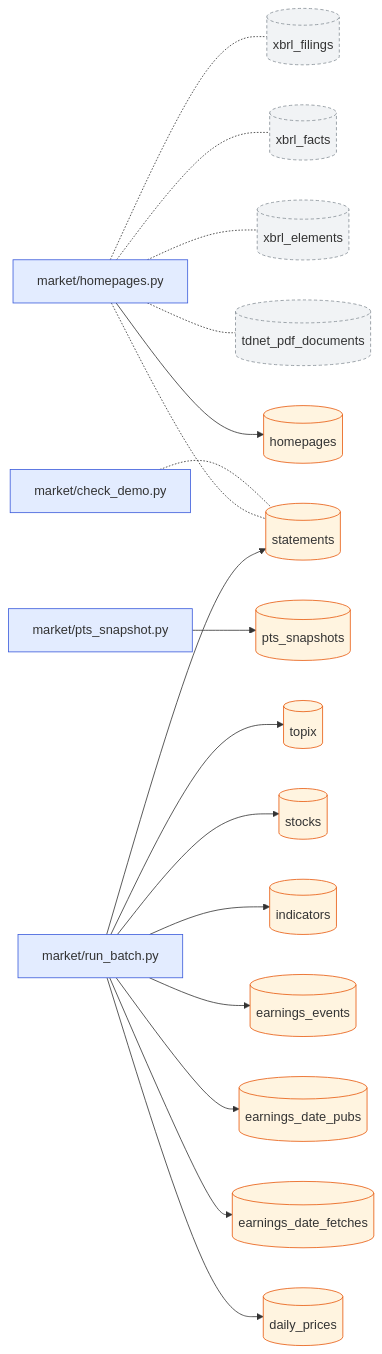
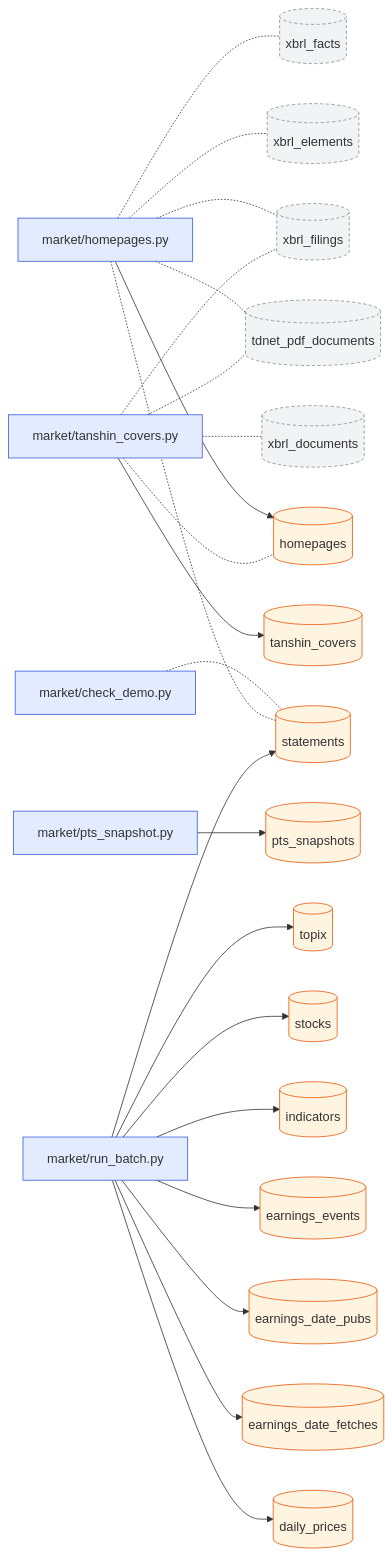
The first of 2 diagrams in docs/dataflow/market.md (pekumirui/stock-analyzer), drawn with Mermaid before and after one commit. The commit also changed other lines of this file and 10 other files, not shown here.

````diff
--- a/docs/dataflow/market.md
+++ b/docs/dataflow/market.md
@@ -9,41 +9,49 @@
 ```mermaid
 flowchart LR
   n0["market/check_demo.py"]:::job
   n1["market/homepages.py"]:::job
   n2["market/pts_snapshot.py"]:::job
   n3["market/run_batch.py"]:::job
-  n4[("daily_prices")]:::tbl
-  n5[("earnings_date_fetches")]:::tbl
-  n6[("earnings_date_pubs")]:::tbl
-  n7[("earnings_events")]:::tbl
-  n8[("homepages")]:::tbl
-  n9[("indicators")]:::tbl
-  n10[("pts_snapshots")]:::tbl
-  n11[("statements")]:::tbl
-  n12[("stocks")]:::tbl
-  n13[("tdnet_pdf_documents")]:::ext
-  n14[("topix")]:::tbl
-  n15[("xbrl_elements")]:::ext
-  n16[("xbrl_facts")]:::ext
-  n17[("xbrl_filings")]:::ext
-  n0 -.- n11
-  n1 --> n8
-  n1 -.- n11
-  n1 -.- n13
+  n4["market/tanshin_covers.py"]:::job
+  n5[("daily_prices")]:::tbl
+  n6[("earnings_date_fetches")]:::tbl
+  n7[("earnings_date_pubs")]:::tbl
+  n8[("earnings_events")]:::tbl
+  n9[("homepages")]:::tbl
+  n10[("indicators")]:::tbl
+  n11[("pts_snapshots")]:::tbl
+  n12[("statements")]:::tbl
+  n13[("stocks")]:::tbl
+  n14[("tanshin_covers")]:::tbl
+  n15[("tdnet_pdf_documents")]:::ext
+  n16[("topix")]:::tbl
+  n17[("xbrl_documents")]:::ext
+  n18[("xbrl_elements")]:::ext
+  n19[("xbrl_facts")]:::ext
+  n20[("xbrl_filings")]:::ext
+  n0 -.- n12
+  n1 --> n9
+  n1 -.- n12
   n1 -.- n15
-  n1 -.- n16
-  n1 -.- n17
-  n2 --> n10
-  n3 --> n4
+  n1 -.- n18
+  n1 -.- n19
+  n1 -.- n20
+  n2 --> n11
   n3 --> n5
   n3 --> n6
   n3 --> n7
-  n3 --> n9
-  n3 --> n11
+  n3 --> n8
+  n3 --> n10
   n3 --> n12
-  n3 --> n14
+  n3 --> n13
+  n3 --> n16
+  n4 -.- n9
+  n4 --> n14
+  n4 -.- n15
+  n4 -.- n17
+  n4 -.- n20
   classDef job fill:#e3ecff,stroke:#3b5bdb
   classDef api fill:#e6f7ec,stroke:#2b8a3e
   classDef tbl fill:#fff4e0,stroke:#e8590c
   classDef ext fill:#f1f3f5,stroke:#868e96,stroke-dasharray:4 3
 ```
````
